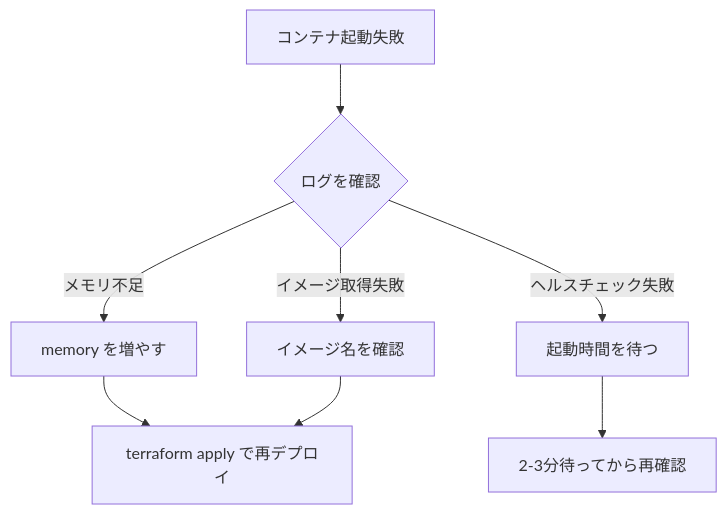
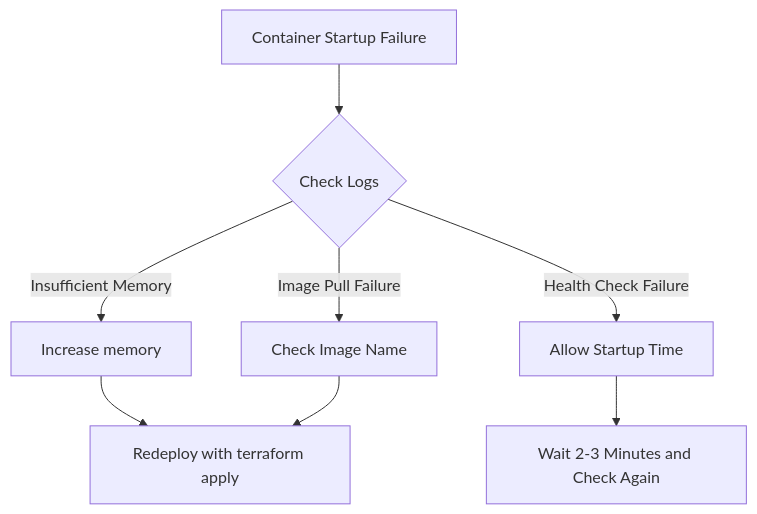
One commit to ks6088ts/template-terraform changed diagram 12 of 12 in infra/scenarios/azure_inclusive_ai_labs/README.md. Above: the diagram before and after it, drawn with Mermaid. The commit also changed other lines of this file and 28 other files, not shown here.

````diff
--- a/infra/scenarios/azure_inclusive_ai_labs/README.md
+++ b/infra/scenarios/azure_inclusive_ai_labs/README.md
@@ -634,11 +638,11 @@
 ```mermaid
 flowchart TD
-    Start["コンテナ起動失敗"] --> Check1{"ログを確認"}
-    Check1 -->|"メモリ不足"| Fix1["memory を増やす"]
-    Check1 -->|"イメージ取得失敗"| Fix2["イメージ名を確認"]
-    Check1 -->|"ヘルスチェック失敗"| Fix3["起動時間を待つ"]
+    Start["Container Startup Failure"] --> Check1{"Check Logs"}
+    Check1 -->|"Insufficient Memory"| Fix1["Increase memory"]
+    Check1 -->|"Image Pull Failure"| Fix2["Check Image Name"]
+    Check1 -->|"Health Check Failure"| Fix3["Allow Startup Time"]
 
-    Fix1 --> Retry["terraform apply で再デプロイ"]
+    Fix1 --> Retry["Redeploy with terraform apply"]
     Fix2 --> Retry
-    Fix3 --> Wait["2-3分待ってから再確認"]
+    Fix3 --> Wait["Wait 2-3 Minutes and Check Again"]
 ```
````
